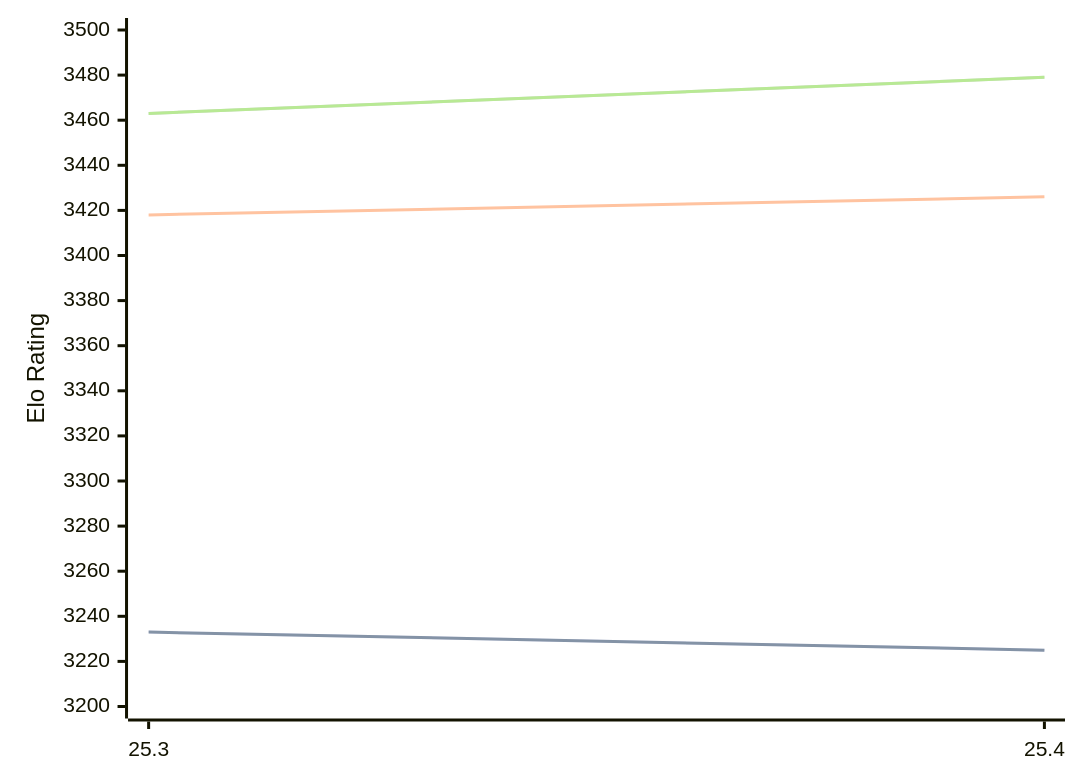
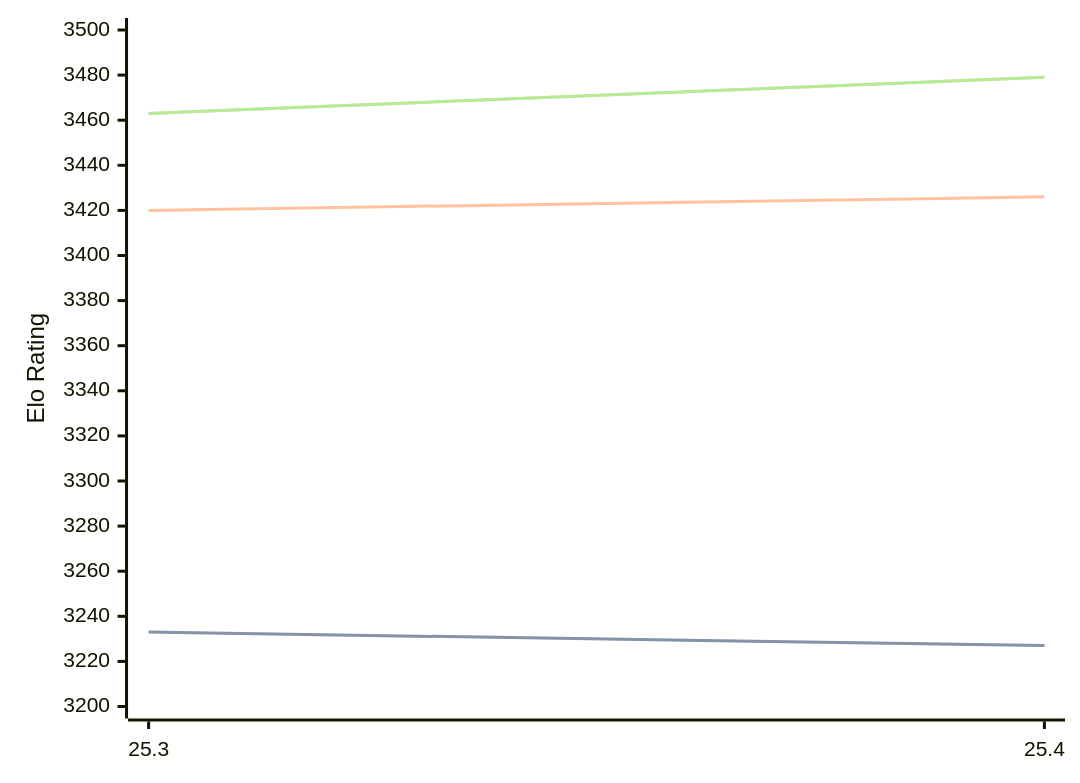
One commit to computer-chess-index/cci changed the first of 3 diagrams in engines/Arasan.md. Above: the diagram before and after it, drawn with Mermaid. The commit also changed other lines of this file, not shown here.

````diff
--- a/engines/Arasan.md
+++ b/engines/Arasan.md
@@ -33,11 +33,11 @@
 ```mermaid
 %%{init: {"theme":"base","themeVariables":{"seriesColors:['#a3a3a3','#222221','#faa371']}}}%%
 xychart-beta
   x-axis ["25.3", "25.4"]
   y-axis "Elo Rating" 3200 --> 3500
-  line "STC (8.0+0.08s)" [3233, 3225]
-  line "STC (8.0+0.08s)" [3233, 3225]
-  line "LTC (60.0+0.60s)" [3418, 3426]
+  line "STC (8.0+0.08s)" [3233, 3227]
+  line "STC (8.0+0.08s)" [3233, 3227]
+  line "LTC (60.0+0.60s)" [3420, 3426]
   line "VLTC (2m24s+1.12s)" [3463, 3479]
   line "VLTC (2m24s+1.12s)" [3463, 3479]
 ```
````
